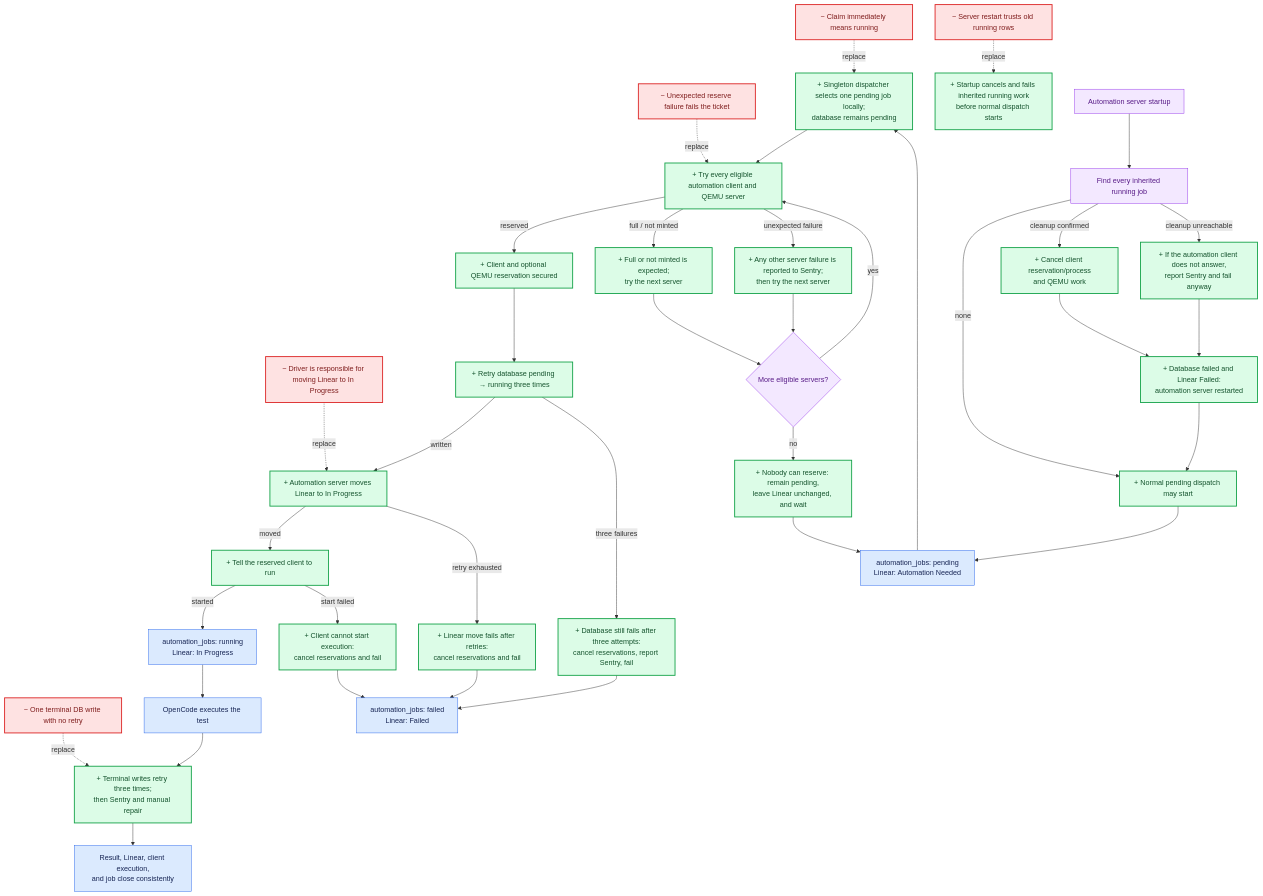
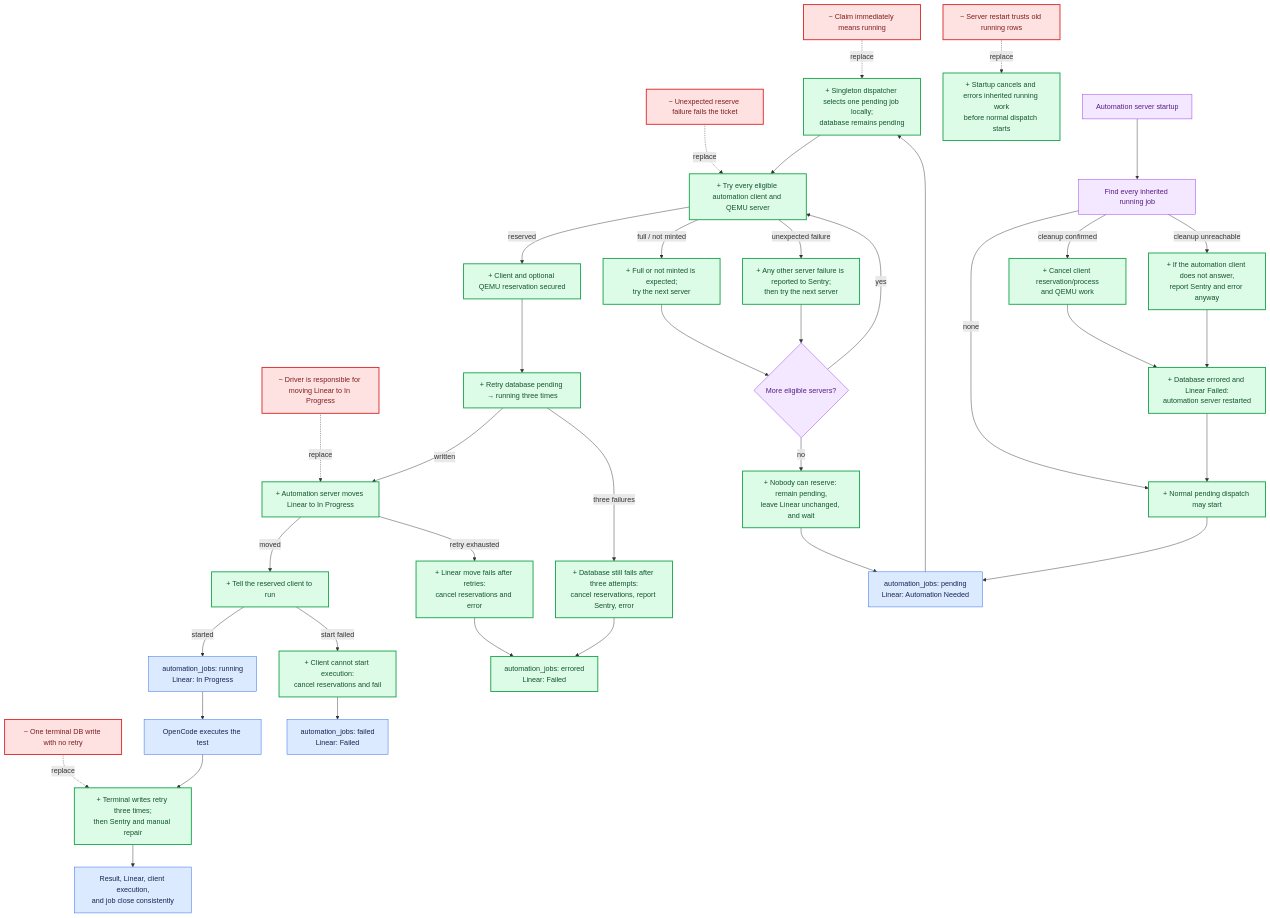
Before and after one commit to ThePrimeagen/Oligarchy: the second of 2 diagrams in MUST_FIX.MD, drawn with Mermaid. The commit also changed other lines of this file and 4 other files, not shown here.

First line of the commit message:
Error an automation job the harness failed, and fail one the run did.

````diff
--- a/MUST_FIX.MD
+++ b/MUST_FIX.MD
@@ -77,66 +77,67 @@
 ```mermaid
 flowchart TB
   classDef removed fill:#fee2e2,stroke:#dc2626,color:#7f1d1d,stroke-width:2px
   classDef added fill:#dcfce7,stroke:#16a34a,color:#14532d,stroke-width:2px
   classDef kept fill:#dbeafe,stroke:#2563eb,color:#172554
   classDef decision fill:#f3e8ff,stroke:#9333ea,color:#581c87
 
   R1["− Claim immediately means running"]:::removed
   R2["− Unexpected reserve failure fails the ticket"]:::removed
   R3["− Driver is responsible for moving Linear to In Progress"]:::removed
   R4["− Server restart trusts old running rows"]:::removed
   R5["− One terminal DB write with no retry"]:::removed
 
   N1["+ Singleton dispatcher selects one pending job locally;<br/>database remains pending"]:::added
   N2["+ Try every eligible automation client and QEMU server"]:::added
   N3["+ Full or not minted is expected;<br/>try the next server"]:::added
   N4["+ Any other server failure is reported to Sentry;<br/>then try the next server"]:::added
   N5["+ Nobody can reserve: remain pending,<br/>leave Linear unchanged, and wait"]:::added
   N6["+ Client and optional QEMU reservation secured"]:::added
   N7["+ Retry database pending → running three times"]:::added
   N8["+ Automation server moves Linear to In Progress"]:::added
   N9["+ Tell the reserved client to run"]:::added
-  N10["+ Startup cancels and fails inherited running work<br/>before normal dispatch starts"]:::added
+  N10["+ Startup cancels and errors inherited running work<br/>before normal dispatch starts"]:::added
   N11["+ Terminal writes retry three times;<br/>then Sentry and manual repair"]:::added
 
   R1 -. "replace" .-> N1
   R2 -. "replace" .-> N2
   R3 -. "replace" .-> N8
   R4 -. "replace" .-> N10
   R5 -. "replace" .-> N11
 
   P["automation_jobs: pending<br/>Linear: Automation Needed"]:::kept
   MORE{"More eligible servers?"}:::decision
   RUN["automation_jobs: running<br/>Linear: In Progress"]:::kept
   EXEC["OpenCode executes the test"]:::kept
   DONE["Result, Linear, client execution,<br/>and job close consistently"]:::kept
   FAIL["automation_jobs: failed<br/>Linear: Failed"]:::kept
-  DBFAIL["+ Database still fails after three attempts:<br/>cancel reservations, report Sentry, fail"]:::added
-  LINEARFAIL["+ Linear move fails after retries:<br/>cancel reservations and fail"]:::added
+  ERR["automation_jobs: errored<br/>Linear: Failed"]:::added
+  DBFAIL["+ Database still fails after three attempts:<br/>cancel reservations, report Sentry, error"]:::added
+  LINEARFAIL["+ Linear move fails after retries:<br/>cancel reservations and error"]:::added
   RUNFAIL["+ Client cannot start execution:<br/>cancel reservations and fail"]:::added
 
   P --> N1 --> N2
   N2 -->|"reserved"| N6 --> N7
   N2 -->|"full / not minted"| N3 --> MORE
   N2 -->|"unexpected failure"| N4 --> MORE
   MORE -->|"yes"| N2
   MORE -->|"no"| N5 --> P
   N7 -->|"written"| N8
-  N7 -->|"three failures"| DBFAIL --> FAIL
+  N7 -->|"three failures"| DBFAIL --> ERR
   N8 -->|"moved"| N9
-  N8 -->|"retry exhausted"| LINEARFAIL --> FAIL
+  N8 -->|"retry exhausted"| LINEARFAIL --> ERR
   N9 -->|"started"| RUN --> EXEC --> N11 --> DONE
   N9 -->|"start failed"| RUNFAIL --> FAIL
 
   START["Automation server startup"]:::decision
   INHERITED["Find every inherited running job"]:::decision
   CANCEL["+ Cancel client reservation/process<br/>and QEMU work"]:::added
-  INHERITEDFAIL["+ Database failed and Linear Failed:<br/>automation server restarted"]:::added
-  UNREACHABLE["+ If the automation client does not answer,<br/>report Sentry and fail anyway"]:::added
+  INHERITEDFAIL["+ Database errored and Linear Failed:<br/>automation server restarted"]:::added
+  UNREACHABLE["+ If the automation client does not answer,<br/>report Sentry and error anyway"]:::added
   NORMAL["+ Normal pending dispatch may start"]:::added
 
   START --> INHERITED
   INHERITED -->|"none"| NORMAL
   INHERITED -->|"cleanup confirmed"| CANCEL --> INHERITEDFAIL --> NORMAL --> P
   INHERITED -->|"cleanup unreachable"| UNREACHABLE --> INHERITEDFAIL
 ```
````
